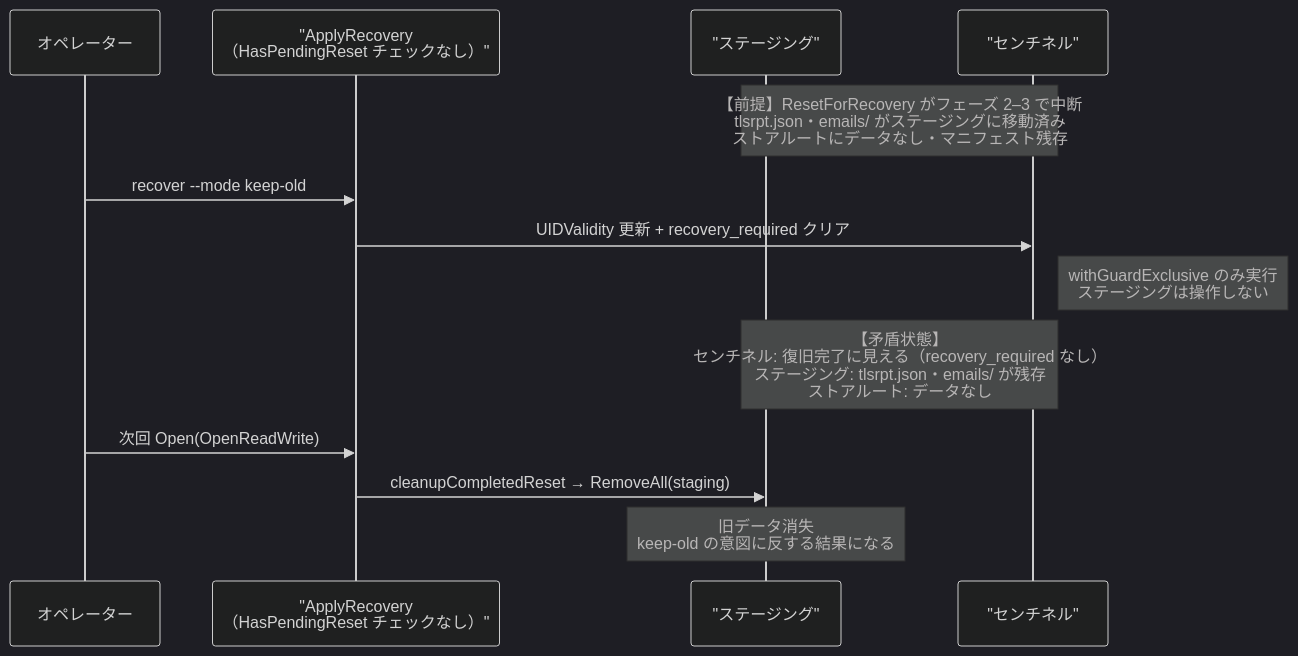
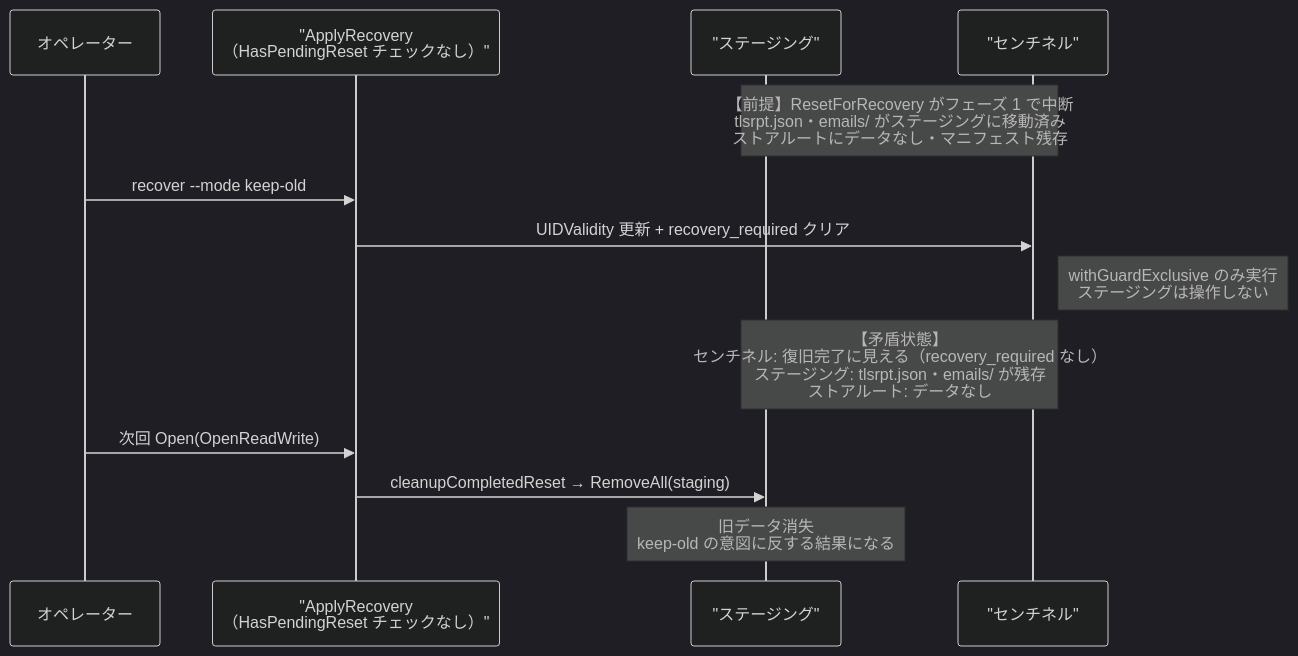
The third of 4 diagrams in docs/dev/developer_guide/process_locking.ja.md (isseis/tlsrpt-digest), drawn with Mermaid (dark theme) before and after one commit. The commit also changed other lines of this file and 4 other files, not shown here.

````diff
--- a/docs/dev/developer_guide/process_locking.ja.md
+++ b/docs/dev/developer_guide/process_locking.ja.md
@@ -197,19 +194,19 @@
 ```mermaid
 sequenceDiagram
     participant Op as オペレーター
     participant API as "ApplyRecovery<br>（HasPendingReset チェックなし）"
     participant Stg as "ステージング"
     participant Sen as "センチネル"
 
-    Note over Stg,Sen: 【前提】ResetForRecovery がフェーズ 2–3 で中断<br>tlsrpt.json・emails/ がステージングに移動済み<br>ストアルートにデータなし・マニフェスト残存
+    Note over Stg,Sen: 【前提】ResetForRecovery がフェーズ 1 で中断<br>tlsrpt.json・emails/ がステージングに移動済み<br>ストアルートにデータなし・マニフェスト残存
 
     Op->>API: recover --mode keep-old
     API->>Sen: UIDValidity 更新 + recovery_required クリア
     Note right of Sen: withGuardExclusive のみ実行<br>ステージングは操作しない
 
     Note over Stg,Sen: 【矛盾状態】<br>センチネル: 復旧完了に見える（recovery_required なし）<br>ステージング: tlsrpt.json・emails/ が残存<br>ストアルート: データなし
 
     Op->>API: 次回 Open(OpenReadWrite)
     API->>Stg: cleanupCompletedReset → RemoveAll(staging)
     Note over Stg: 旧データ消失<br>keep-old の意図に反する結果になる
 ```
````
